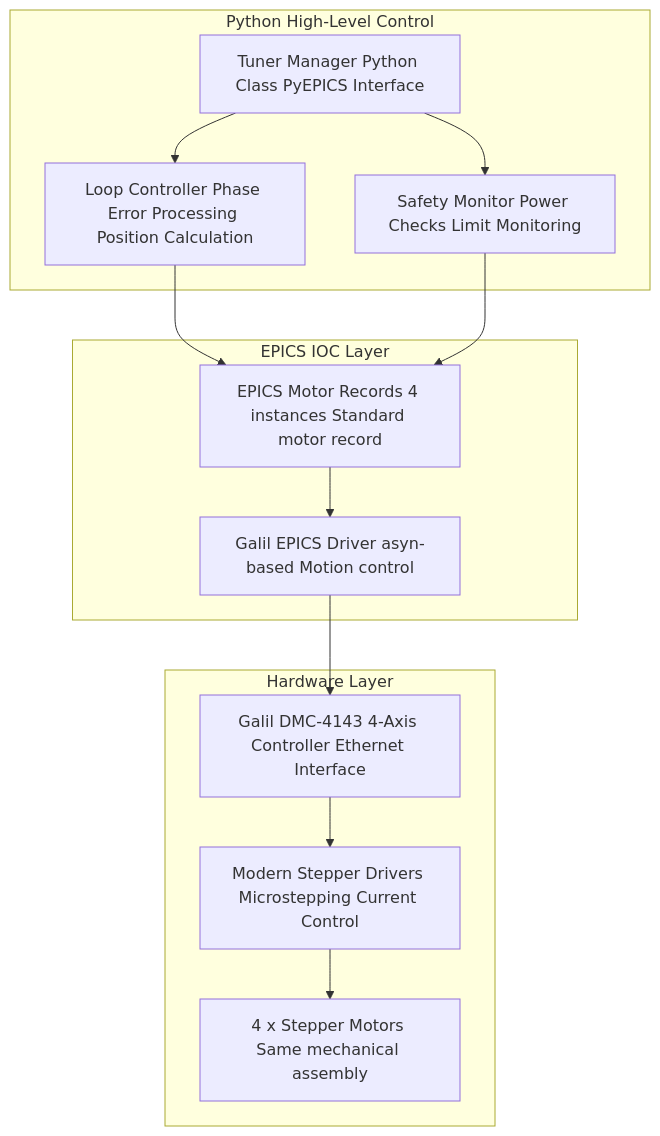
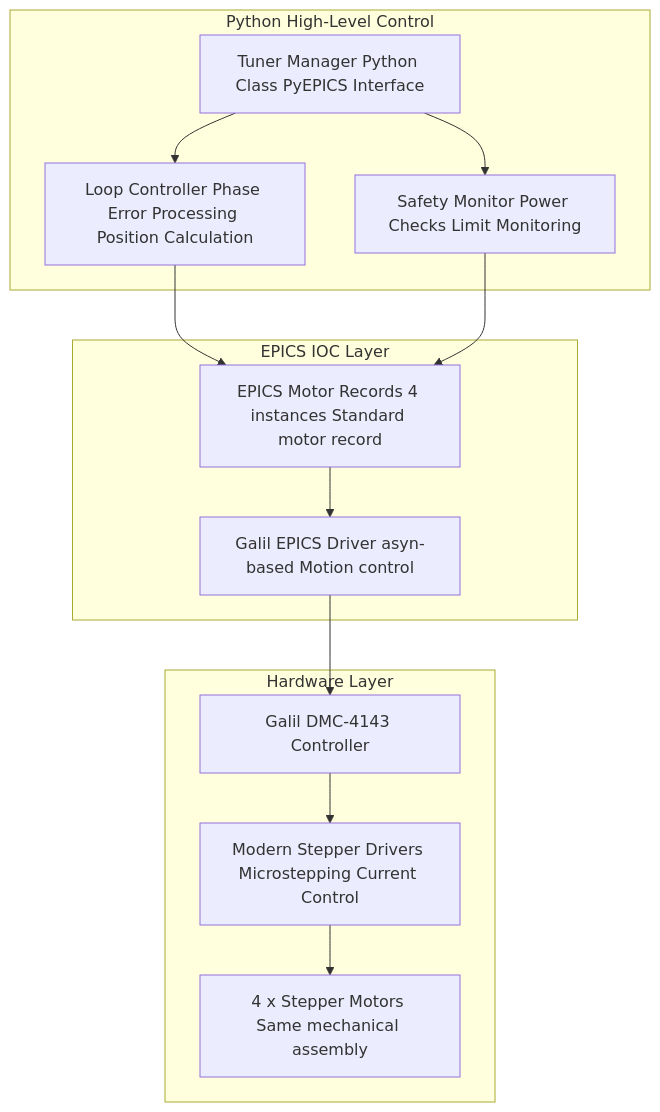
Diagram 14 of 18 in SPEAR3_LLRF_COMPREHENSIVE_ANALYSIS.md (fayaw/spearlegacyLLRF), drawn with Mermaid before and after one commit. The commit also changed other lines of this file, not shown here.

First line of the commit message:
Fix bullet points and simplify Mermaid node labels

````diff
--- a/SPEAR3_LLRF_COMPREHENSIVE_ANALYSIS.md
+++ b/SPEAR3_LLRF_COMPREHENSIVE_ANALYSIS.md
@@ -676,34 +676,34 @@
 ```mermaid
 graph TB
  subgraph "Python High-Level Control"
  Tuner_Manager[Tuner Manager Python Class PyEPICS Interface]
  
  Loop_Controller[Loop Controller Phase Error Processing Position Calculation]
  
  Safety_Monitor[Safety Monitor Power Checks Limit Monitoring]
  end
  
  subgraph "EPICS IOC Layer"
  Motor_Records[EPICS Motor Records 4 instances Standard motor record]
  
  Galil_Driver[Galil EPICS Driver asyn-based Motion control]
  end
  
  subgraph "Hardware Layer"
- Galil_Controller[Galil DMC-4143 4-Axis Controller Ethernet Interface]
+ Galil_Controller[Galil DMC-4143 Controller]
  
  Stepper_Drivers[Modern Stepper Drivers Microstepping Current Control]
  
  Motors[4 x Stepper Motors Same mechanical assembly]
  end
  
  Tuner_Manager --> Loop_Controller
  Tuner_Manager --> Safety_Monitor
  Loop_Controller --> Motor_Records
  Safety_Monitor --> Motor_Records
  
  Motor_Records --> Galil_Driver
  Galil_Driver --> Galil_Controller
  Galil_Controller --> Stepper_Drivers
  Stepper_Drivers --> Motors
 ```
````
